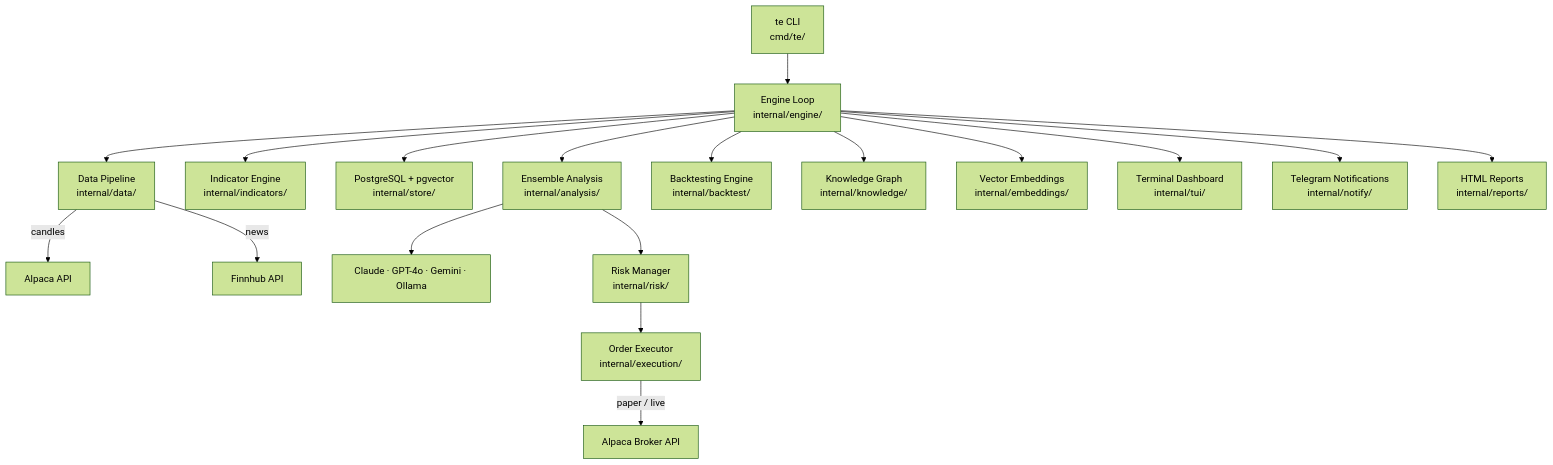
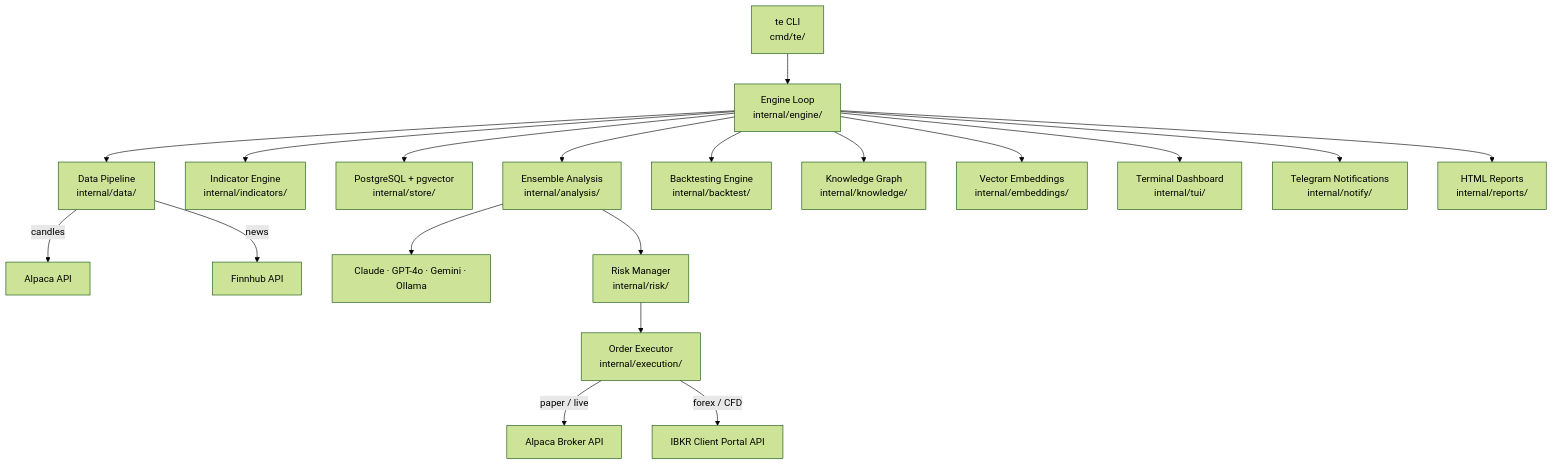
One commit to romeo-folie/trade-engine changed the diagram in README.md. Above: the diagram before and after it, drawn with Mermaid (forest theme). The commit also changed other lines of this file, not shown here.

````diff
--- a/README.md
+++ b/README.md
@@ -11,20 +11,21 @@
 ```mermaid
 graph TD
     CLI[te CLI<br/>cmd/te/] --> Engine[Engine Loop<br/>internal/engine/]
     Engine --> DataPipeline[Data Pipeline<br/>internal/data/]
     DataPipeline -->|candles| Alpaca[Alpaca API]
     DataPipeline -->|news| Finnhub[Finnhub API]
     Engine --> Indicators[Indicator Engine<br/>internal/indicators/]
     Engine --> Store[PostgreSQL + pgvector<br/>internal/store/]
     Engine --> Analysis[Ensemble Analysis<br/>internal/analysis/]
     Analysis --> LLM[Claude · GPT-4o · Gemini · Ollama]
     Analysis --> Risk[Risk Manager<br/>internal/risk/]
     Risk --> Executor[Order Executor<br/>internal/execution/]
     Executor -->|paper / live| AlpacaBroker[Alpaca Broker API]
+    Executor -->|forex / CFD| IBKRBroker[IBKR Client Portal API]
     Engine --> Backtest[Backtesting Engine<br/>internal/backtest/]
     Engine --> Knowledge[Knowledge Graph<br/>internal/knowledge/]
     Engine --> Embeddings[Vector Embeddings<br/>internal/embeddings/]
     Engine --> TUI[Terminal Dashboard<br/>internal/tui/]
     Engine --> Notify[Telegram Notifications<br/>internal/notify/]
     Engine --> Reports[HTML Reports<br/>internal/reports/]
 ```
````
